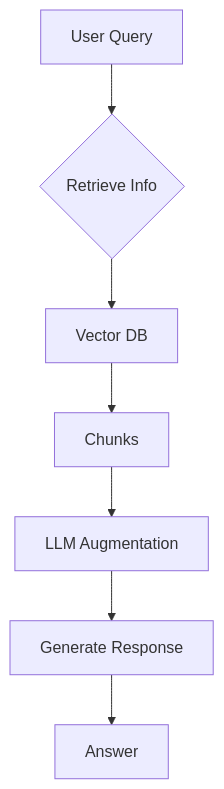
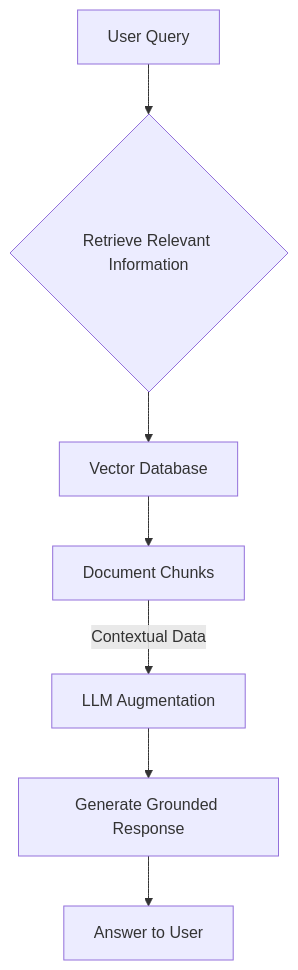
The first of 3 diagrams in README.md (ssdeanx/deep-research), drawn with Mermaid before and after one commit. The commit also changed other lines of this file and 5 other files, not shown here.

````diff
--- a/README.md
+++ b/README.md
@@ -124,9 +124,9 @@
 ```mermaid
 graph TD
-    A[User Query] --> B{Retrieve Info}
-    B --> C[Vector DB]
-    C --> D[Chunks]
-    D --> E[LLM Augmentation]
-    E --> F[Generate Response]
-    F --> G[Answer]
+    A[User Query] --> B{Retrieve Relevant Information}
+    B --> C[Vector Database]
+    C --> D[Document Chunks]
+    D -- Contextual Data --> E[LLM Augmentation]
+    E --> F[Generate Grounded Response]
+    F --> G[Answer to User]
 ```
````
